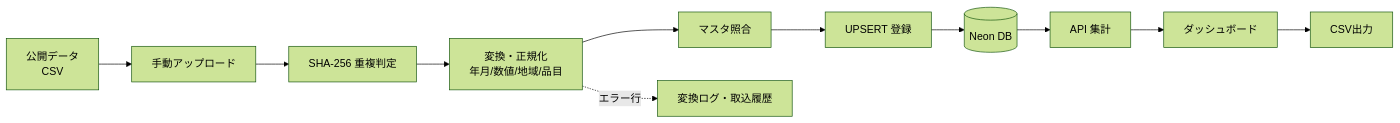
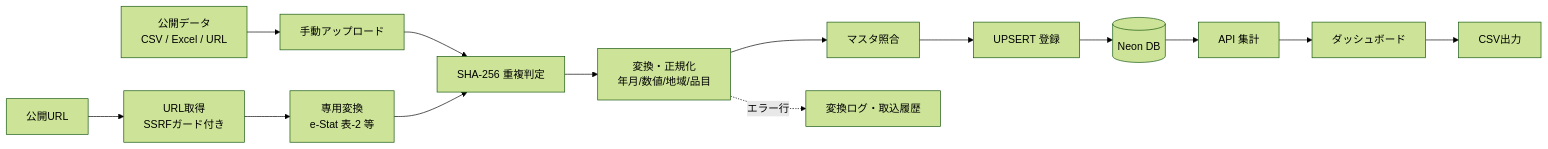
Before and after one commit to Kensan196948G/Civil-Cost-Index-Dashboard: the second of 2 diagrams in README.md, drawn with Mermaid (forest theme). The commit also changed other lines of this file and 30 other files, not shown here.

````diff
--- a/README.md
+++ b/README.md
@@ -78,13 +89,16 @@
 ```mermaid
 flowchart LR
-    SRC[公開データ<br/>CSV] --> UP[手動アップロード]
+    SRC[公開データ<br/>CSV / Excel / URL] --> UP[手動アップロード]
+    URL[公開URL] --> FETCH[URL取得<br/>SSRFガード付き]
+    FETCH --> CONV[専用変換<br/>e-Stat 表-2 等]
     UP --> HASH[SHA-256 重複判定]
+    CONV --> HASH
     HASH --> TR[変換・正規化<br/>年月/数値/地域/品目]
     TR --> MS[マスタ照合]
     MS --> UPSERT[UPSERT 登録]
     UPSERT --> DB[(Neon DB)]
     DB --> API[API 集計]
     API --> UI[ダッシュボード]
     UI --> OUT[CSV出力]
     TR -. エラー行 .-> LOG[変換ログ・取込履歴]
 ```
````
